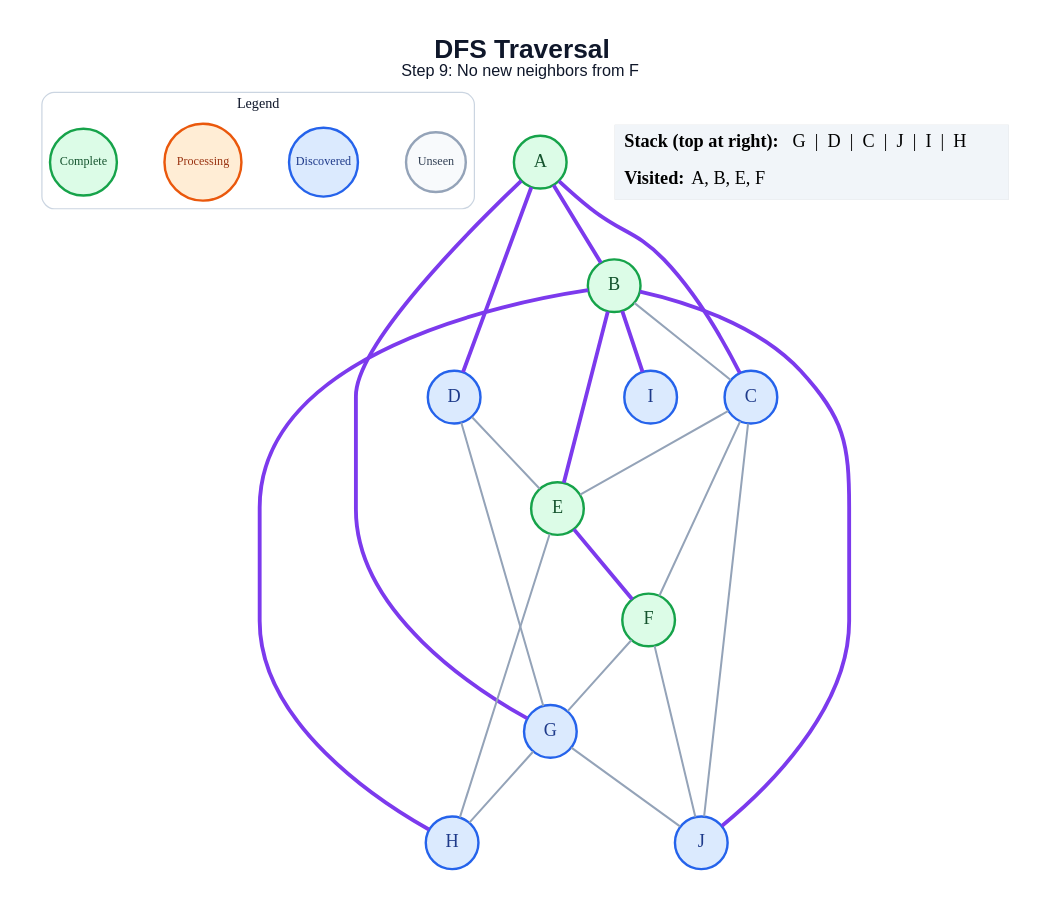
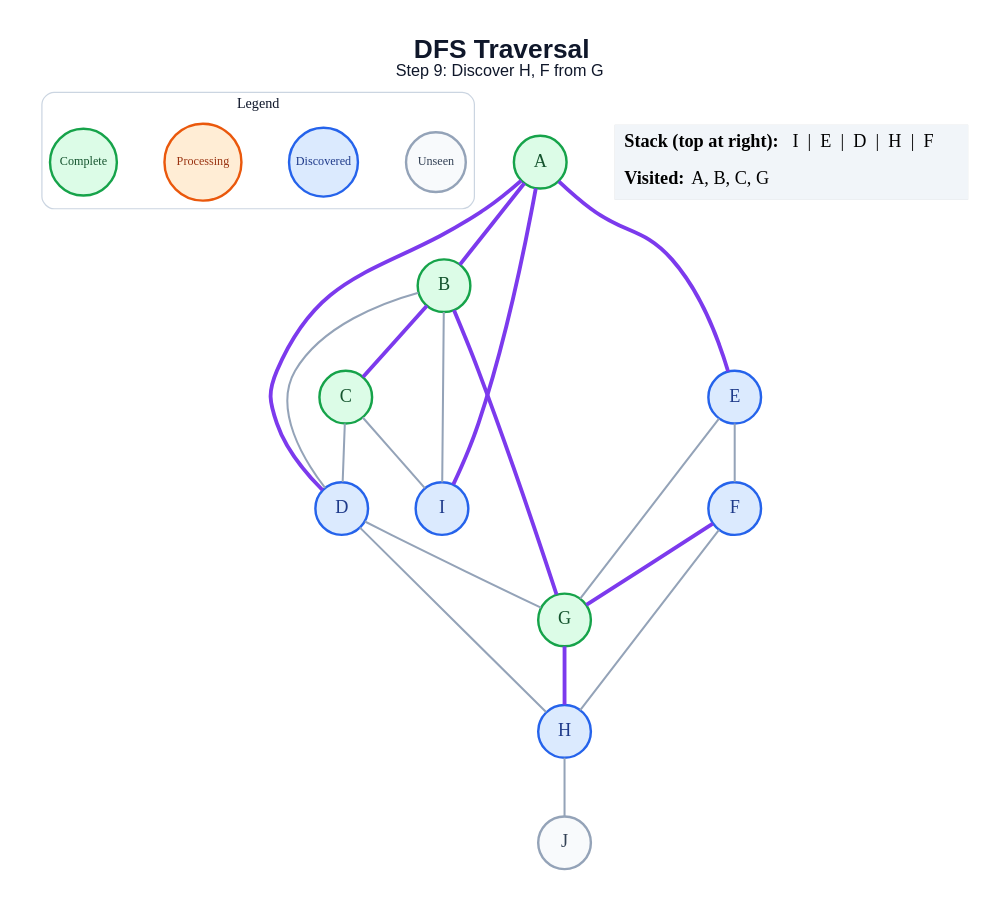
The diagram in generated/dfs/step_09.dot (amanghodawala9/ai-slop), drawn with Graphviz before and after one commit. The commit also changed 178 other files, not shown here.

```diff
--- a/generated/dfs/step_09.dot
+++ b/generated/dfs/step_09.dot
@@ -1,49 +1,47 @@
 graph traversal {
   graph [layout=dot, rankdir=TB, bgcolor="#FFFFFF", pad="0.35", nodesep="0.65", ranksep="0.8", fontname="Arial"];
   node [shape=circle, style="filled", fontname="Arial Bold", fontsize=18, width=0.72, fixedsize=true, penwidth=2.4];
   edge [color="#94A3B8", penwidth=2.0];
-  label=<<B>DFS Traversal</B><BR/><FONT POINT-SIZE="16">Step 9: No new neighbors from F</FONT>>; labelloc="t"; fontsize=26; fontname="Arial"; fontcolor="#0F172A";
+  label=<<B>DFS Traversal</B><BR/><FONT POINT-SIZE="16">Step 9: Discover H, F from G</FONT>>; labelloc="t"; fontsize=26; fontname="Arial"; fontcolor="#0F172A";
   subgraph cluster_legend { label="Legend"; color="#CBD5E1"; penwidth=1.2; style="rounded"; fontsize=14; fontname="Arial Bold";
     key_unseen [label="Unseen", fillcolor="#F8FAFC", color="#94A3B8", fontcolor="#334155", fontsize=12, width=0.82];
     key_frontier [label="Discovered", fillcolor="#DBEAFE", color="#2563EB", fontcolor="#1E3A8A", fontsize=12, width=0.95];
     key_current [label="Processing", fillcolor="#FFEDD5", color="#EA580C", fontcolor="#9A3412", fontsize=12, width=1.05];
     key_done [label="Complete", fillcolor="#DCFCE7", color="#16A34A", fontcolor="#14532D", fontsize=12, width=0.92];
     { rank=same; key_unseen; key_frontier; key_current; key_done; }
   }
   A [fillcolor="#DCFCE7", color="#16A34A", fontcolor="#14532D"];
   B [fillcolor="#DCFCE7", color="#16A34A", fontcolor="#14532D"];
-  C [fillcolor="#DBEAFE", color="#2563EB", fontcolor="#1E3A8A"];
+  C [fillcolor="#DCFCE7", color="#16A34A", fontcolor="#14532D"];
   D [fillcolor="#DBEAFE", color="#2563EB", fontcolor="#1E3A8A"];
-  E [fillcolor="#DCFCE7", color="#16A34A", fontcolor="#14532D"];
-  F [fillcolor="#DCFCE7", color="#16A34A", fontcolor="#14532D"];
-  G [fillcolor="#DBEAFE", color="#2563EB", fontcolor="#1E3A8A"];
+  E [fillcolor="#DBEAFE", color="#2563EB", fontcolor="#1E3A8A"];
+  F [fillcolor="#DBEAFE", color="#2563EB", fontcolor="#1E3A8A"];
+  G [fillcolor="#DCFCE7", color="#16A34A", fontcolor="#14532D"];
   H [fillcolor="#DBEAFE", color="#2563EB", fontcolor="#1E3A8A"];
   I [fillcolor="#DBEAFE", color="#2563EB", fontcolor="#1E3A8A"];
-  J [fillcolor="#DBEAFE", color="#2563EB", fontcolor="#1E3A8A"];
+  J [fillcolor="#F8FAFC", color="#94A3B8", fontcolor="#334155"];
   A -- B [color="#7C3AED", penwidth=3.8];
-  A -- C [color="#7C3AED", penwidth=3.8];
   A -- D [color="#7C3AED", penwidth=3.8];
-  A -- G [color="#7C3AED", penwidth=3.8];
-  B -- C;
-  B -- E [color="#7C3AED", penwidth=3.8];
-  B -- H [color="#7C3AED", penwidth=3.8];
-  B -- I [color="#7C3AED", penwidth=3.8];
-  B -- J [color="#7C3AED", penwidth=3.8];
-  C -- E;
-  C -- F;
-  C -- J;
-  D -- E;
+  A -- E [color="#7C3AED", penwidth=3.8];
+  A -- I [color="#7C3AED", penwidth=3.8];
+  B -- C [color="#7C3AED", penwidth=3.8];
+  B -- D;
+  B -- G [color="#7C3AED", penwidth=3.8];
+  B -- I;
+  C -- D;
+  C -- I;
   D -- G;
-  E -- F [color="#7C3AED", penwidth=3.8];
-  E -- H;
-  F -- G;
-  F -- J;
-  G -- H;
-  G -- J;
+  D -- H;
+  E -- F;
+  E -- G;
+  F -- G [color="#7C3AED", penwidth=3.8];
+  F -- H;
+  G -- H [color="#7C3AED", penwidth=3.8];
+  H -- J;
   status [shape=plain, fixedsize=false, width=0, height=0, margin=0, label=<
     <TABLE BORDER="0" CELLBORDER="0" CELLPADDING="7" BGCOLOR="#F1F5F9">
-      <TR><TD ALIGN="LEFT"><B>Stack (top at right):</B> G  |  D  |  C  |  J  |  I  |  H</TD></TR>
-      <TR><TD ALIGN="LEFT"><B>Visited:</B> A, B, E, F</TD></TR>
+      <TR><TD ALIGN="LEFT"><B>Stack (top at right):</B> I  |  E  |  D  |  H  |  F</TD></TR>
+      <TR><TD ALIGN="LEFT"><B>Visited:</B> A, B, C, G</TD></TR>
     </TABLE>
   >];
 }
```
